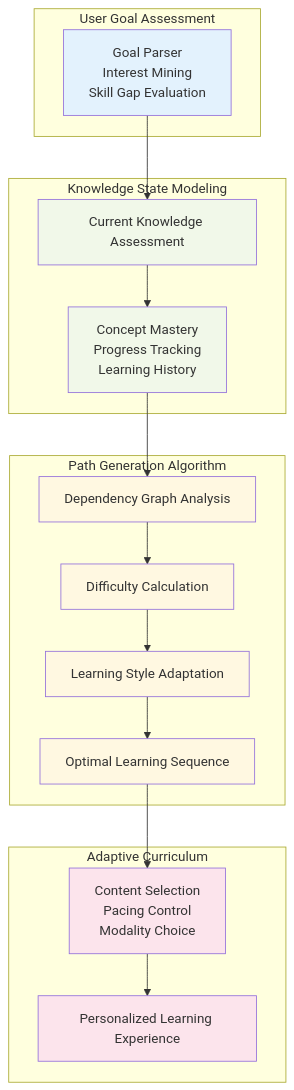
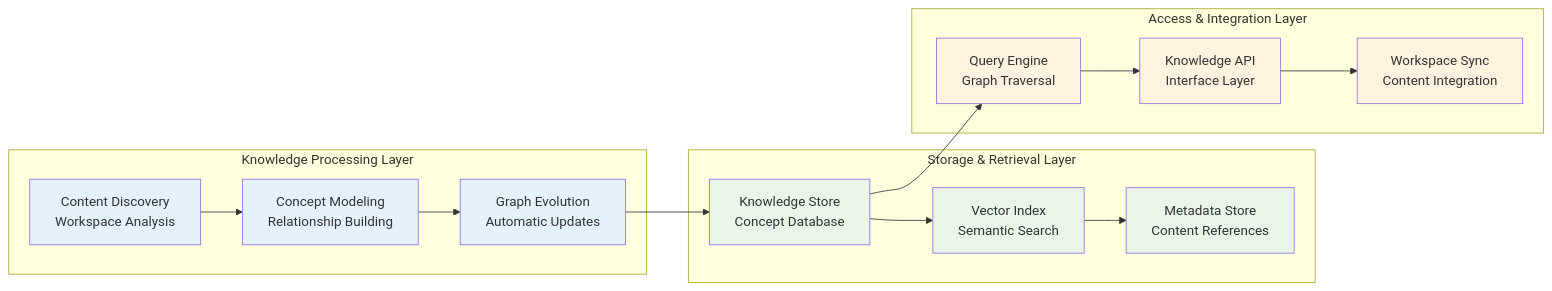
One commit to phona/learning-catalyst changed the first of 3 diagrams in docs/technical/system-architecture/knowledge-management-system.md. Above: the diagram before and after it, drawn with Mermaid. The commit also changed other lines of this file and 19 other files, not shown here.

````diff
--- a/docs/technical/system-architecture/knowledge-management-system.md
+++ b/docs/technical/system-architecture/knowledge-management-system.md
@@ -142,42 +28,39 @@
 ```mermaid
-flowchart TD
-    subgraph "User Goal Assessment"
-        GoalParser["Goal Parser<br/>Interest Mining<br/>Skill Gap Evaluation"]
+graph LR
+    subgraph "Knowledge Processing Layer"
+        Discovery["Content Discovery<br/>Workspace Analysis"]
+        Modeling["Concept Modeling<br/>Relationship Building"]
+        Evolution["Graph Evolution<br/>Automatic Updates"]
     end
 
-    subgraph "Knowledge State Modeling"
-        ConceptMastery["Concept Mastery<br/>Progress Tracking<br/>Learning History"]
-        KnowledgeAssessment["Current Knowledge Assessment"]
+    subgraph "Storage & Retrieval Layer"
+        KnowledgeStore["Knowledge Store<br/>Concept Database"]
+        VectorIndex["Vector Index<br/>Semantic Search"]
+        Metadata["Metadata Store<br/>Content References"]
     end
 
-    subgraph "Path Generation Algorithm"
-        DependencyGraph["Dependency Graph Analysis"]
-        DifficultyCalc["Difficulty Calculation"]
-        StyleAdaptation["Learning Style Adaptation"]
-        OptimalSequence["Optimal Learning Sequence"]
+    subgraph "Access & Integration Layer"
+        QueryEngine["Query Engine<br/>Graph Traversal"]
+        API["Knowledge API<br/>Interface Layer"]
+        Sync["Workspace Sync<br/>Content Integration"]
     end
 
-    subgraph "Adaptive Curriculum"
-        ContentSelection["Content Selection<br/>Pacing Control<br/>Modality Choice"]
-        PersonalizedExperience["Personalized Learning Experience"]
-    end
+    Discovery --> Modeling
+    Modeling --> Evolution
+    Evolution --> KnowledgeStore
 
-    GoalParser --> KnowledgeAssessment
-    KnowledgeAssessment --> ConceptMastery
-    ConceptMastery --> DependencyGraph
-    DependencyGraph --> DifficultyCalc
-    DifficultyCalc --> StyleAdaptation
-    StyleAdaptation --> OptimalSequence
-    OptimalSequence --> ContentSelection
-    ContentSelection --> PersonalizedExperience
+    KnowledgeStore --> VectorIndex
+    VectorIndex --> Metadata
 
-    classDef assessment fill:#e3f2fd
-    classDef modeling fill:#f1f8e9
-    classDef algorithm fill:#fff8e1
-    classDef curriculum fill:#fce4ec
+    KnowledgeStore --> QueryEngine
+    QueryEngine --> API
+    API --> Sync
 
-    class GoalParser assessment
-    class ConceptMastery,KnowledgeAssessment modeling
-    class DependencyGraph,DifficultyCalc,StyleAdaptation,OptimalSequence algorithm
-    class ContentSelection,PersonalizedExperience curriculum
+    classDef processing fill:#e3f2fd
+    classDef storage fill:#e8f5e8
+    classDef access fill:#fff3e0
+
+    class Discovery,Modeling,Evolution processing
+    class KnowledgeStore,VectorIndex,Metadata storage
+    class QueryEngine,API,Sync access
 ```
````
